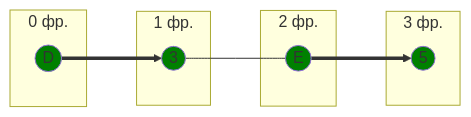
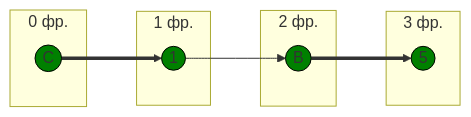
Before and after one commit to algos-ris-24-3/manual-tasks: the sixth of 12 diagrams in Задание 8/task8.md, drawn with Mermaid. The commit also changed other lines of this file, not shown here.

````diff
--- a/Задание 8/task8.md
+++ b/Задание 8/task8.md
@@ -299,22 +281,24 @@
 ```mermaid
 graph LR
-    subgraph " 0 фр."
-        D((D))
+    subgraph "0 фр."
+        C((C))
     end
-    subgraph " 1 фр."
-        3((3))
+    subgraph "1 фр."
+        1((1))
     end
-    subgraph " 2 фр."
-        E((E))
+    subgraph "2 фр."
+        B((B))
     end
-    subgraph " 3 фр."
+    subgraph "3 фр."
         5((5))
     end
 
-    D ==> 3 --- E ==> 5
+    C ==> 1
+    1 --> B
+    B ==> 5
 
-    style D fill:#008000
-    style E fill:#008000
-    style 3 fill:#008000
-    style 5 fill:#008000
+    style 1 fill:#008000,stroke:#000
+    style B fill:#008000,stroke:#000
+    style C fill:#008000,stroke:#000
+    style 5 fill:#008000,stroke:#000
 ```
````
